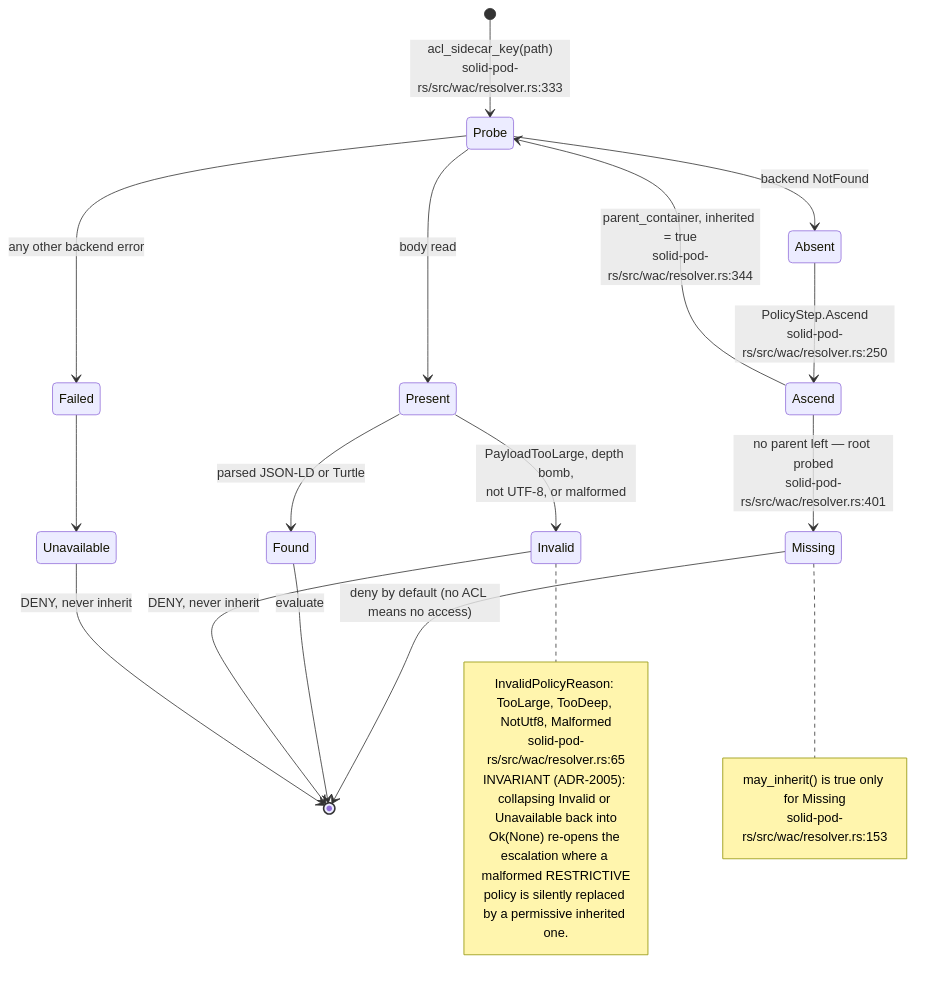
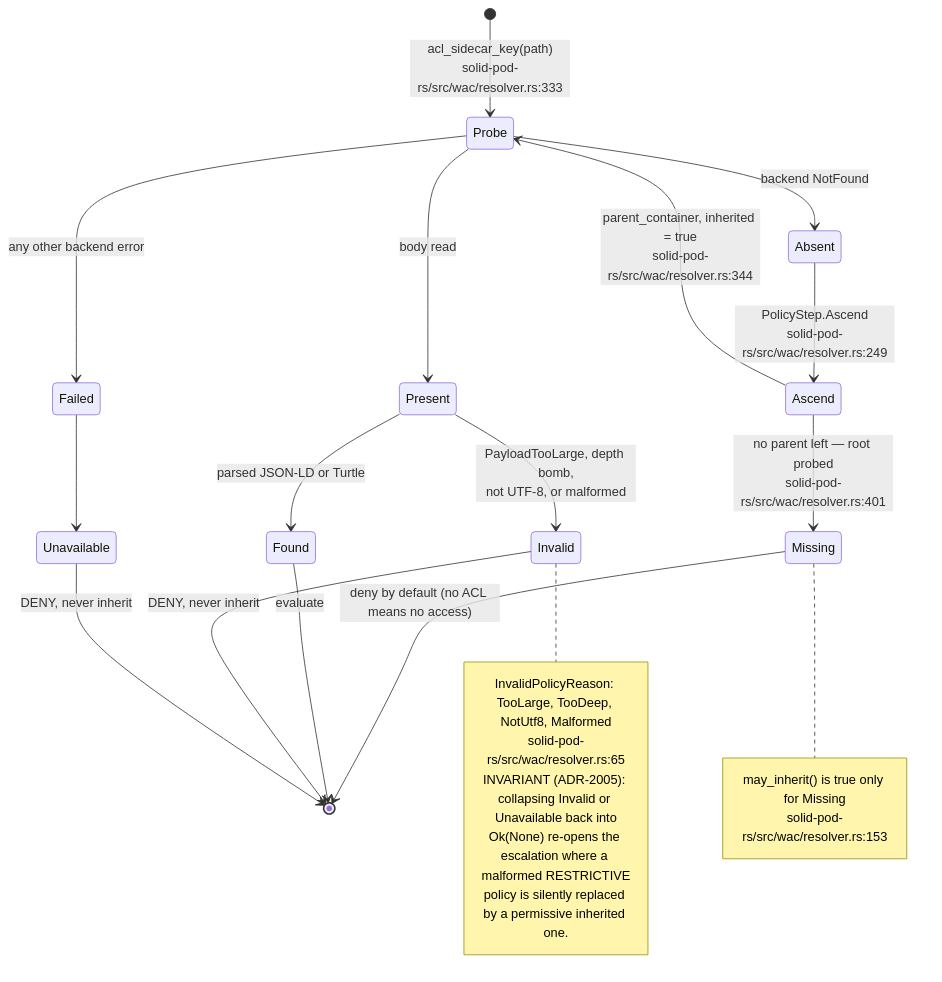
One commit to DreamLab-AI/VisionFlow changed the third of 14 diagrams in docs/diagrams/solid-pod-rs/04-wac-authorisation.md. Above: the diagram before and after it, drawn with Mermaid. The commit also changed other lines of this file and 185 other files, not shown here.

Commit message:
docs(estate): reconcile diagrams and ADRs with source and define closeout sprint

````diff
--- a/docs/diagrams/solid-pod-rs/04-wac-authorisation.md
+++ b/docs/diagrams/solid-pod-rs/04-wac-authorisation.md
@@ -84,32 +84,32 @@
 ```mermaid
 stateDiagram-v2
     [*] --> Probe: acl_sidecar_key(path)<br/>solid-pod-rs/src/wac/resolver.rs:333
     Probe --> Absent: backend NotFound
     Probe --> Present: body read
     Probe --> Failed: any other backend error
 
-    Absent --> Ascend: PolicyStep.Ascend<br/>solid-pod-rs/src/wac/resolver.rs:250
+    Absent --> Ascend: PolicyStep.Ascend<br/>solid-pod-rs/src/wac/resolver.rs:249
     Ascend --> Probe: parent_container, inherited = true<br/>solid-pod-rs/src/wac/resolver.rs:344
     Ascend --> Missing: no parent left — root probed<br/>solid-pod-rs/src/wac/resolver.rs:401
 
     Present --> Found: parsed JSON-LD or Turtle
     Present --> Invalid: PayloadTooLarge, depth bomb,<br/>not UTF-8, or malformed
     Failed --> Unavailable
 
     Missing --> [*]: deny by default (no ACL means no access)
     Found --> [*]: evaluate
     Invalid --> [*]: DENY, never inherit
     Unavailable --> [*]: DENY, never inherit
 
     note right of Invalid
       InvalidPolicyReason: TooLarge, TooDeep, NotUtf8, Malformed
       solid-pod-rs/src/wac/resolver.rs:65
       INVARIANT (ADR-2005): collapsing Invalid or Unavailable back into
       Ok(None) re-opens the escalation where a malformed RESTRICTIVE
       policy is silently replaced by a permissive inherited one.
     end note
     note right of Missing
       may_inherit() is true only for Missing
       solid-pod-rs/src/wac/resolver.rs:153
     end note
 ```
````
